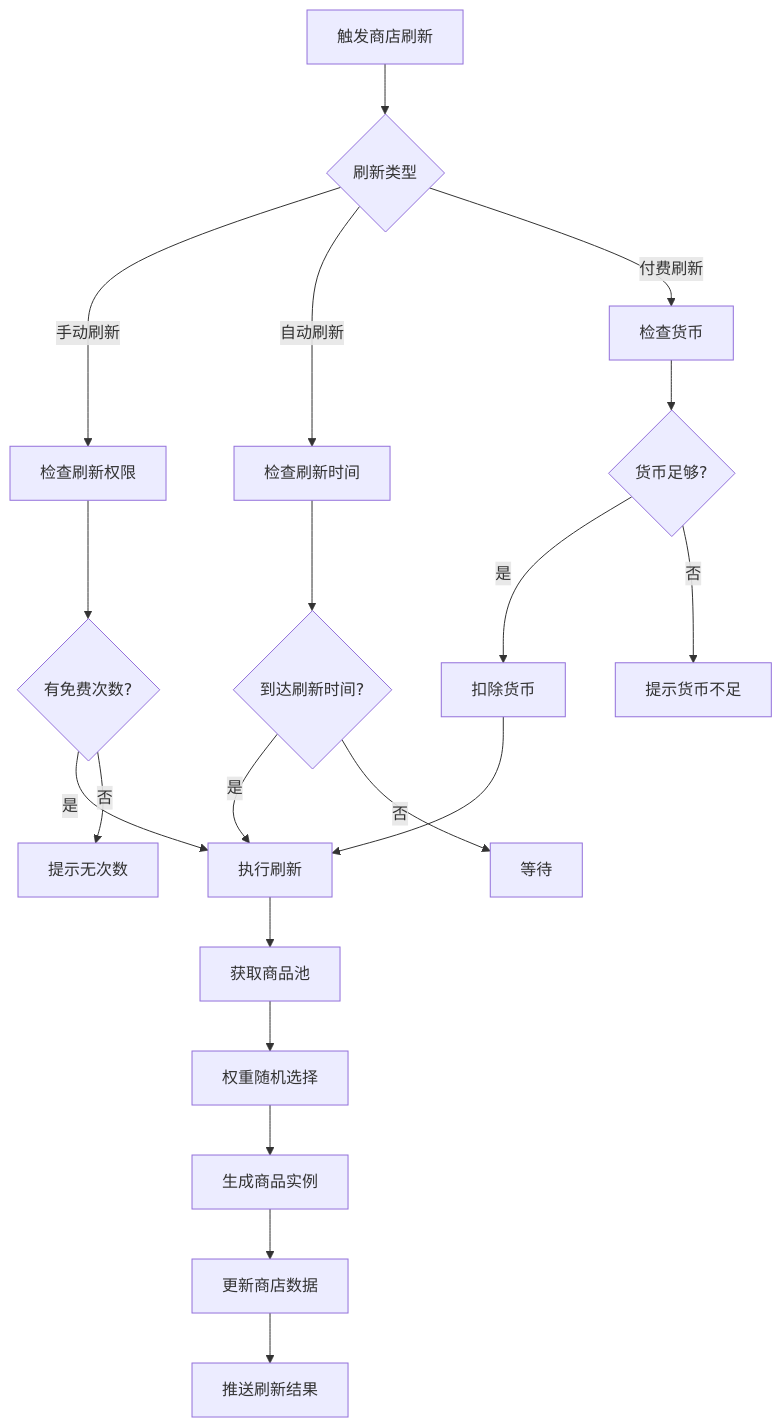
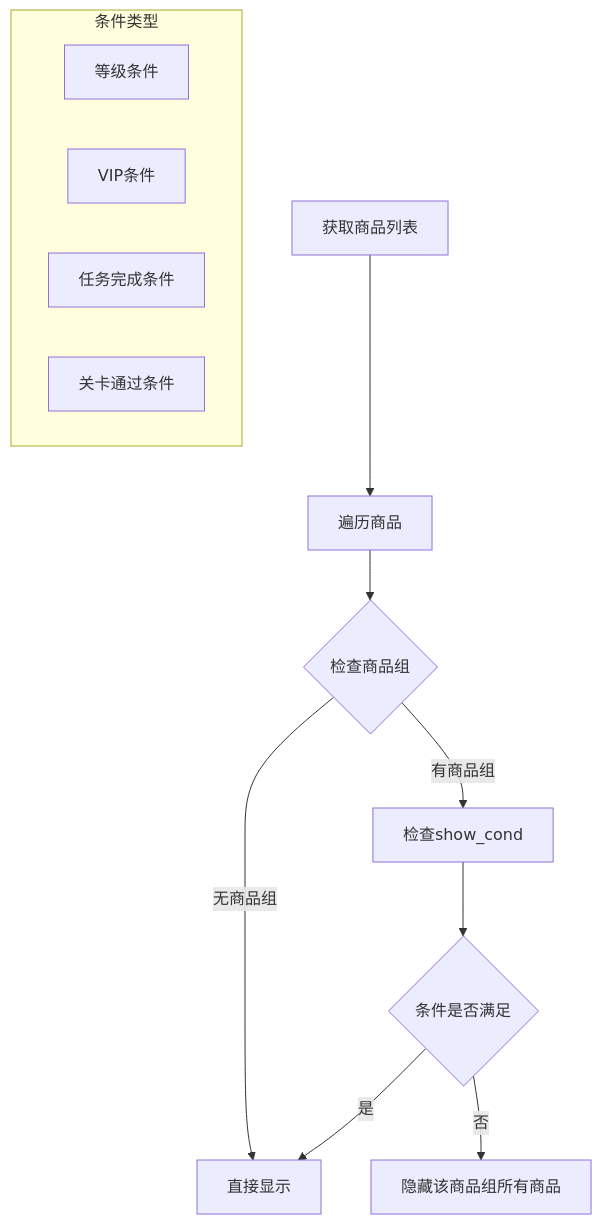
The fifth of 8 diagrams in docs/Module_Shop/01_数据配表.md (Alan-Ben/k2c_game_framework), drawn with Mermaid before and after one commit. The commit also changed other lines of this file and 32 other files, not shown here.

````diff
--- a/docs/Module_Shop/01_数据配表.md
+++ b/docs/Module_Shop/01_数据配表.md
@@ -699,26 +341,17 @@
 ```mermaid
 flowchart TD
-    A[触发商店刷新] --> B{刷新类型}
-    B -->|手动刷新| C[检查刷新权限]
-    B -->|自动刷新| D[检查刷新时间]
-    B -->|付费刷新| E[检查货币]
+    A[获取商品列表] --> B[遍历商品]
+    B --> C{检查商品组}
+    C -->|无商品组| D[直接显示]
+    C -->|有商品组| E[检查show_cond]
+    E --> F{条件是否满足}
+    F -->|是| D
+    F -->|否| G[隐藏该商品组所有商品]
 
-    C --> F{有免费次数?}
-    F -->|是| G[执行刷新]
-    F -->|否| H[提示无次数]
-
-    E --> I{货币足够?}
-    I -->|是| J[扣除货币]
-    I -->|否| K[提示货币不足]
-    J --> G
-
-    D --> L{到达刷新时间?}
-    L -->|是| G
-    L -->|否| M[等待]
-
-    G --> N[获取商品池]
-    N --> O[权重随机选择]
-    O --> P[生成商品实例]
-    P --> Q[更新商店数据]
-    Q --> R[推送刷新结果]
+    subgraph 条件类型
+        H[等级条件]
+        I[VIP条件]
+        J[任务完成条件]
+        K[关卡通过条件]
+    end
 ```
````
